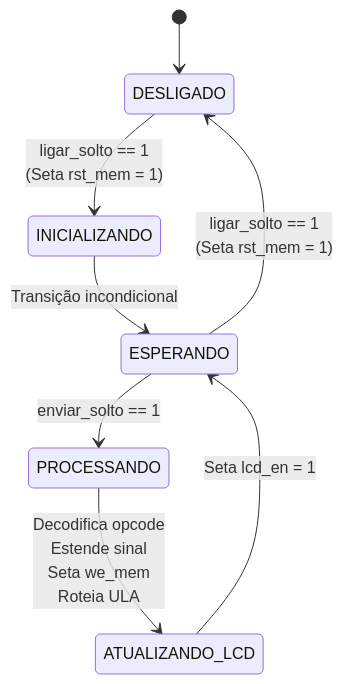
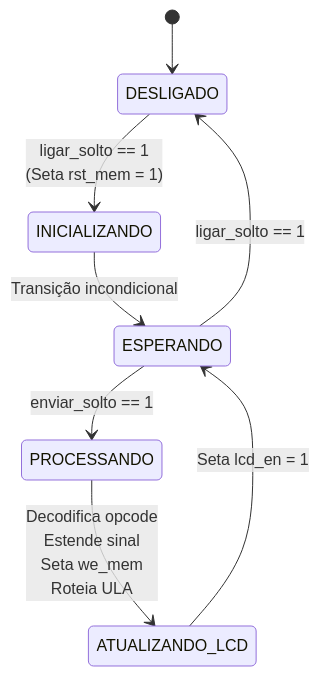
Before and after one commit to vini-baumel/mini_cpu: the first of 3 diagrams in README.md, drawn with Mermaid. The commit also changed 1 other file, not shown here.

Commit message:
readme fix

````diff
--- a/README.md
+++ b/README.md
@@ -2,15 +2,15 @@
 ```mermaid
 stateDiagram-v2
     [*] --> DESLIGADO
 
     DESLIGADO --> INICIALIZANDO : ligar_solto == 1<br/>(Seta rst_mem = 1)
     
     INICIALIZANDO --> ESPERANDO : Transição incondicional
 
-    ESPERANDO --> DESLIGADO : ligar_solto == 1<br/>(Seta rst_mem = 1)
+    ESPERANDO --> DESLIGADO : ligar_solto == 1
     ESPERANDO --> PROCESSANDO : enviar_solto == 1
     
     PROCESSANDO --> ATUALIZANDO_LCD : Decodifica opcode<br/>Estende sinal<br/>Seta we_mem<br/>Roteia ULA
     
     ATUALIZANDO_LCD --> ESPERANDO : Seta lcd_en = 1
 ```
````
